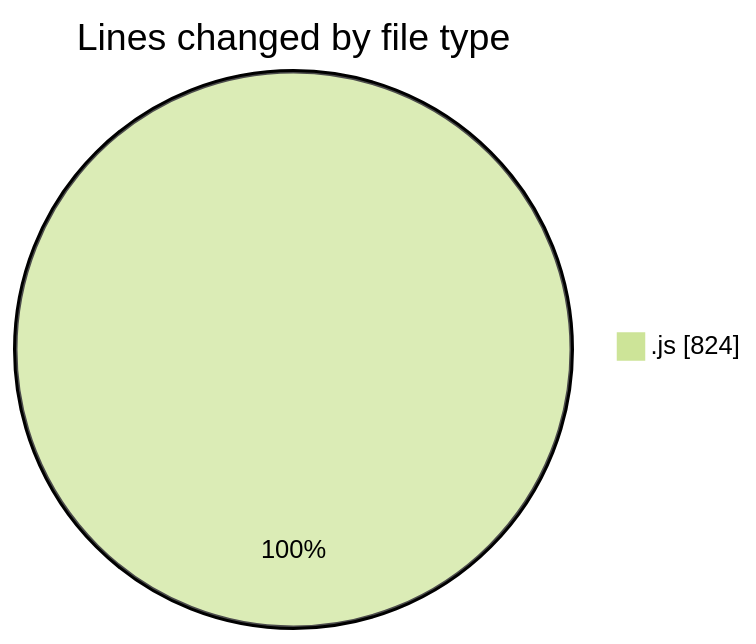
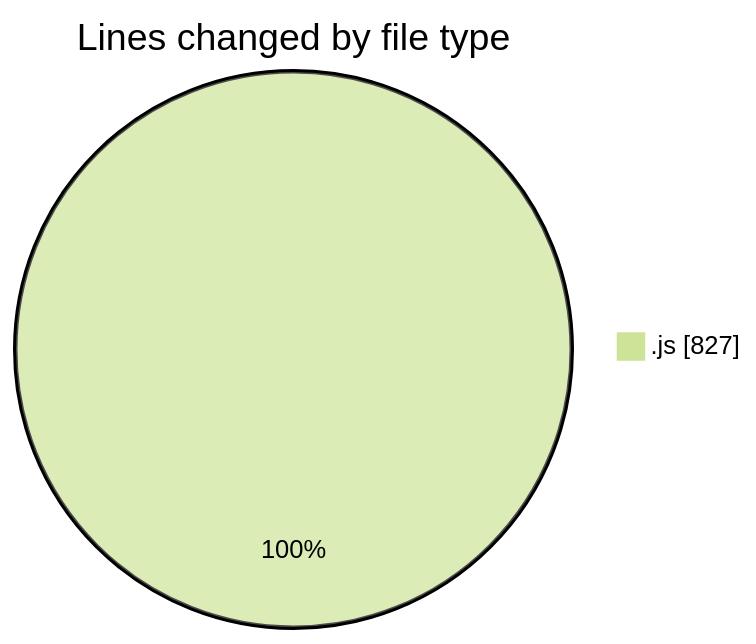
The first of 2 diagrams in 2025-09-09/cashcalculator/README.md (nxtqubesakshisongat/code-tracking), drawn with Mermaid (forest theme) before and after one commit. The commit also changed other lines of this file and 1 other file, not shown here.

````diff
--- a/2025-09-09/cashcalculator/README.md
+++ b/2025-09-09/cashcalculator/README.md
@@ -20,5 +20,5 @@
 ```mermaid
 pie showData
 title Lines changed by file type
-".js" : 824
+".js" : 827
 ```
````
